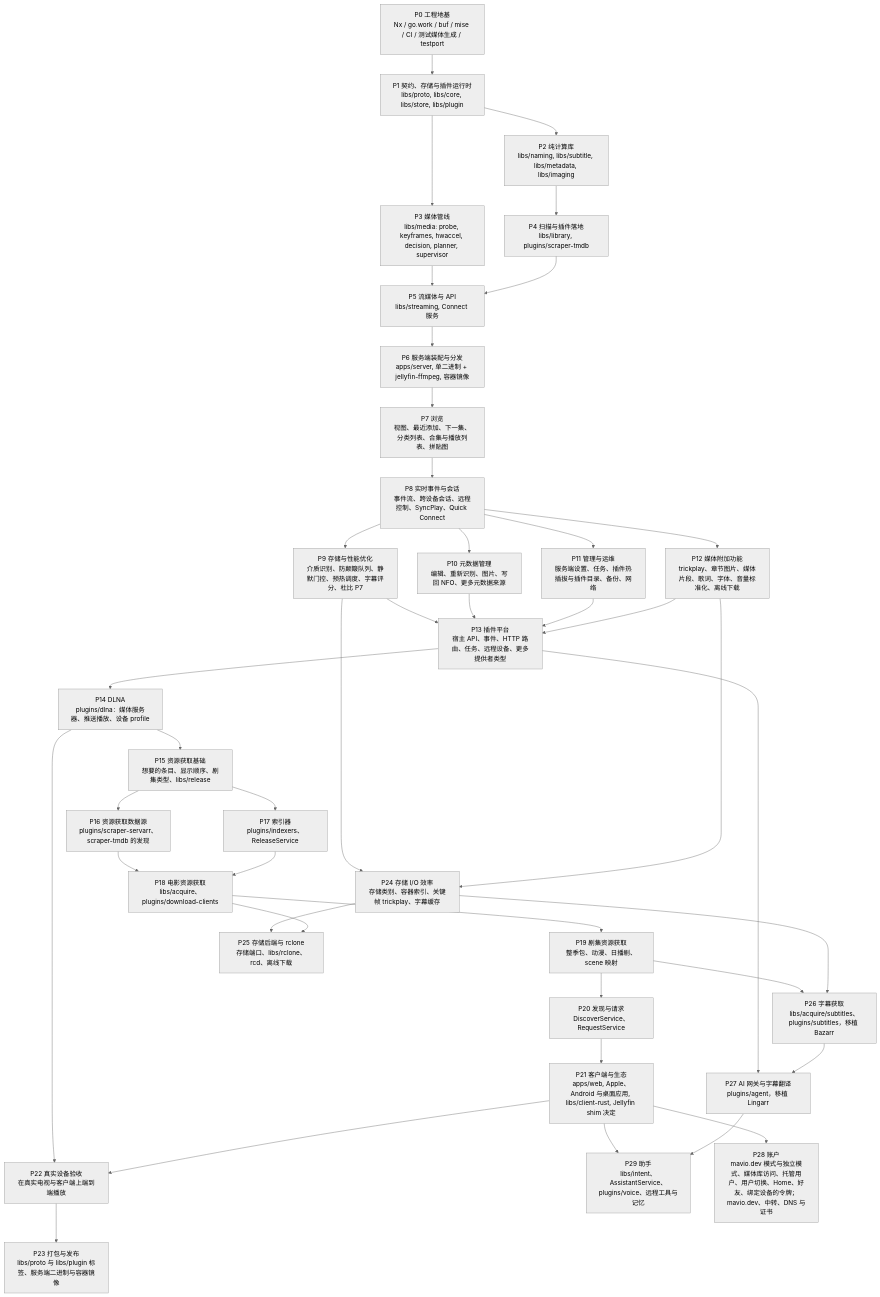
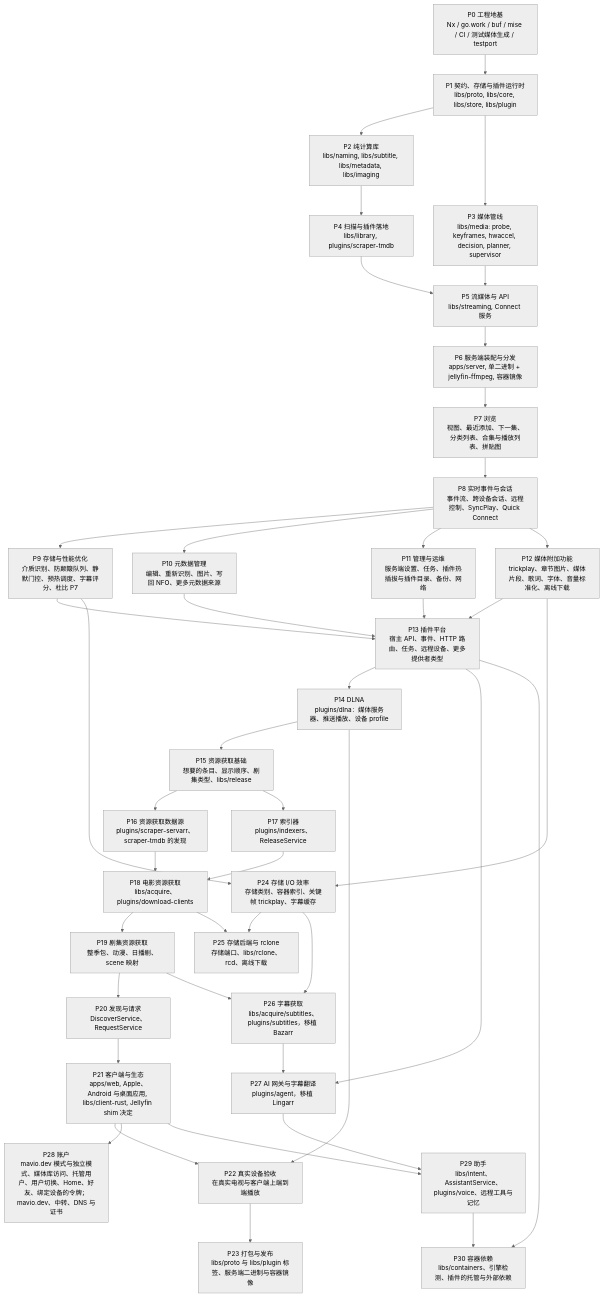
One commit to mavioai/mavio changed the diagram in docs/roadmap.zh-CN.md. Above: the diagram before and after it, drawn with Mermaid (neutral theme). The commit also changed other lines of this file and 9 other files, not shown here.

````diff
--- a/docs/roadmap.zh-CN.md
+++ b/docs/roadmap.zh-CN.md
@@ -20,74 +20,77 @@
 ```mermaid
 flowchart TD
     P0["P0 工程地基<br/>Nx / go.work / buf / mise / CI / 测试媒体生成 / testport"]
     P1["P1 契约、存储与插件运行时<br/>libs/proto, libs/core, libs/store, libs/plugin"]
     P2["P2 纯计算库<br/>libs/naming, libs/subtitle, libs/metadata, libs/imaging"]
     P3["P3 媒体管线<br/>libs/media: probe, keyframes, hwaccel, decision, planner, supervisor"]
     P4["P4 扫描与插件落地<br/>libs/library, plugins/scraper-tmdb"]
     P5["P5 流媒体与 API<br/>libs/streaming, Connect 服务"]
     P6["P6 服务端装配与分发<br/>apps/server, 单二进制 + jellyfin-ffmpeg, 容器镜像"]
     P7["P7 浏览<br/>视图、最近添加、下一集、分类列表、合集与播放列表、拼贴图"]
     P8["P8 实时事件与会话<br/>事件流、跨设备会话、远程控制、SyncPlay、Quick Connect"]
     P9["P9 存储与性能优化<br/>介质识别、防颠簸队列、静默门控、预热调度、字幕评分、杜比 P7"]
     P10["P10 元数据管理<br/>编辑、重新识别、图片、写回 NFO、更多元数据来源"]
     P11["P11 管理与运维<br/>服务端设置、任务、插件热插拔与插件目录、备份、网络"]
     P12["P12 媒体附加功能<br/>trickplay、章节图片、媒体片段、歌词、字体、音量标准化、离线下载"]
     P13["P13 插件平台<br/>宿主 API、事件、HTTP 路由、任务、远程设备、更多提供者类型"]
     P14["P14 DLNA<br/>plugins/dlna：媒体服务器、推送播放、设备 profile"]
     P15["P15 资源获取基础<br/>想要的条目、显示顺序、剧集类型、libs/release"]
     P16["P16 资源获取数据源<br/>plugins/scraper-servarr、scraper-tmdb 的发现"]
     P17["P17 索引器<br/>plugins/indexers、ReleaseService"]
     P18["P18 电影资源获取<br/>libs/acquire、plugins/download-clients"]
     P19["P19 剧集资源获取<br/>整季包、动漫、日播剧、scene 映射"]
     P20["P20 发现与请求<br/>DiscoverService、RequestService"]
     P21["P21 客户端与生态<br/>apps/web, Apple、Android 与桌面应用, libs/client-rust, Jellyfin shim 决定"]
     P22["P22 真实设备验收<br/>在真实电视与客户端上端到端播放"]
     P23["P23 打包与发布<br/>libs/proto 与 libs/plugin 标签、服务端二进制与容器镜像"]
     P24["P24 存储 I/O 效率<br/>存储类别、容器索引、关键帧 trickplay、字幕缓存"]
     P25["P25 存储后端与 rclone<br/>存储端口、libs/rclone、rcd、离线下载"]
     P26["P26 字幕获取<br/>libs/acquire/subtitles、plugins/subtitles，移植 Bazarr"]
     P27["P27 AI 网关与字幕翻译<br/>plugins/agent，移植 Lingarr"]
     P29["P29 助手<br/>libs/intent、AssistantService、plugins/voice、远程工具与记忆"]
+    P30["P30 容器依赖<br/>libs/containers、引擎检测、插件的托管与外部依赖"]
     P28["P28 账户<br/>mavio.dev 模式与独立模式、媒体库访问、托管用户、用户切换、Home、好友、绑定设备的令牌；mavio.dev、中转、DNS 与证书"]
 
     P0 --> P1
     P1 --> P2
     P1 --> P3
     P2 --> P4
     P3 --> P5
     P4 --> P5
     P5 --> P6
     P6 --> P7
     P7 --> P8
     P8 --> P9
     P8 --> P10
     P8 --> P11
     P8 --> P12
     P9 --> P13
     P10 --> P13
     P11 --> P13
     P12 --> P13
     P13 --> P14
     P14 --> P15
     P15 --> P16
     P15 --> P17
     P16 --> P18
     P17 --> P18
     P18 --> P19
     P19 --> P20
     P20 --> P21
     P14 --> P22
     P21 --> P22
     P22 --> P23
     P9 --> P24
     P12 --> P24
     P24 --> P25
     P18 --> P25
     P19 --> P26
     P24 --> P26
     P13 --> P27
     P26 --> P27
     P21 --> P28
     P21 --> P29
     P27 --> P29
+    P13 --> P30
+    P29 --> P30
 ```
````
